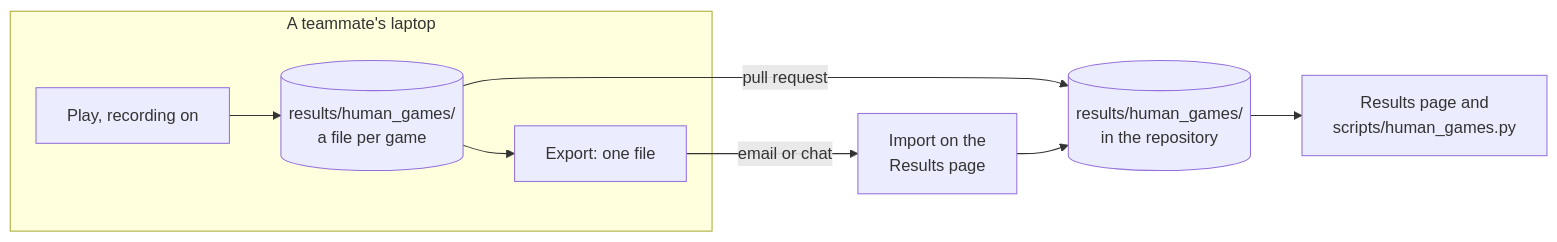
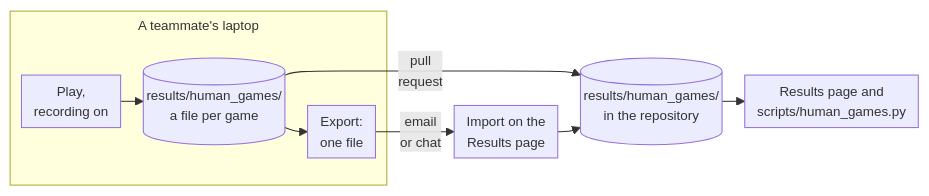
One commit to Aditya-00786/csf407-fable-chaturanga-zero changed the diagram in docs/HUMAN_GAMES.md. Above: the diagram before and after it, drawn with Mermaid. The commit also changed 8 other files, not shown here.

First line of the commit message:
docs: full diagrams again, sized to fit a screen; Milestone 4 at 95%

````diff
--- a/docs/HUMAN_GAMES.md
+++ b/docs/HUMAN_GAMES.md
@@ -11,11 +11,12 @@
 ```mermaid
+%%{init: {"flowchart": {"nodeSpacing": 16, "rankSpacing": 22, "padding": 6, "diagramPadding": 4, "subGraphTitleMargin": {"top": 4, "bottom": 4}}, "themeVariables": {"fontSize": "13px"}}}%%
 flowchart LR
     subgraph L["A teammate's laptop"]
-        P["Play, recording on"] --> F[("results/human_games/<br/>a file per game")]
-        F --> X["Export: one file"]
+        P["Play,<br/>recording on"] --> F[("results/human_games/<br/>a file per game")]
+        F --> X["Export:<br/>one file"]
     end
-    X -- "email or chat" --> I["Import on the<br/>Results page"]
-    F -- "pull request" --> R
+    X -- "email<br/>or chat" --> I["Import on the<br/>Results page"]
+    F -- "pull<br/>request" --> R
     I --> R[("results/human_games/<br/>in the repository")]
     R --> V["Results page and<br/>scripts/human_games.py"]
 ```
````
